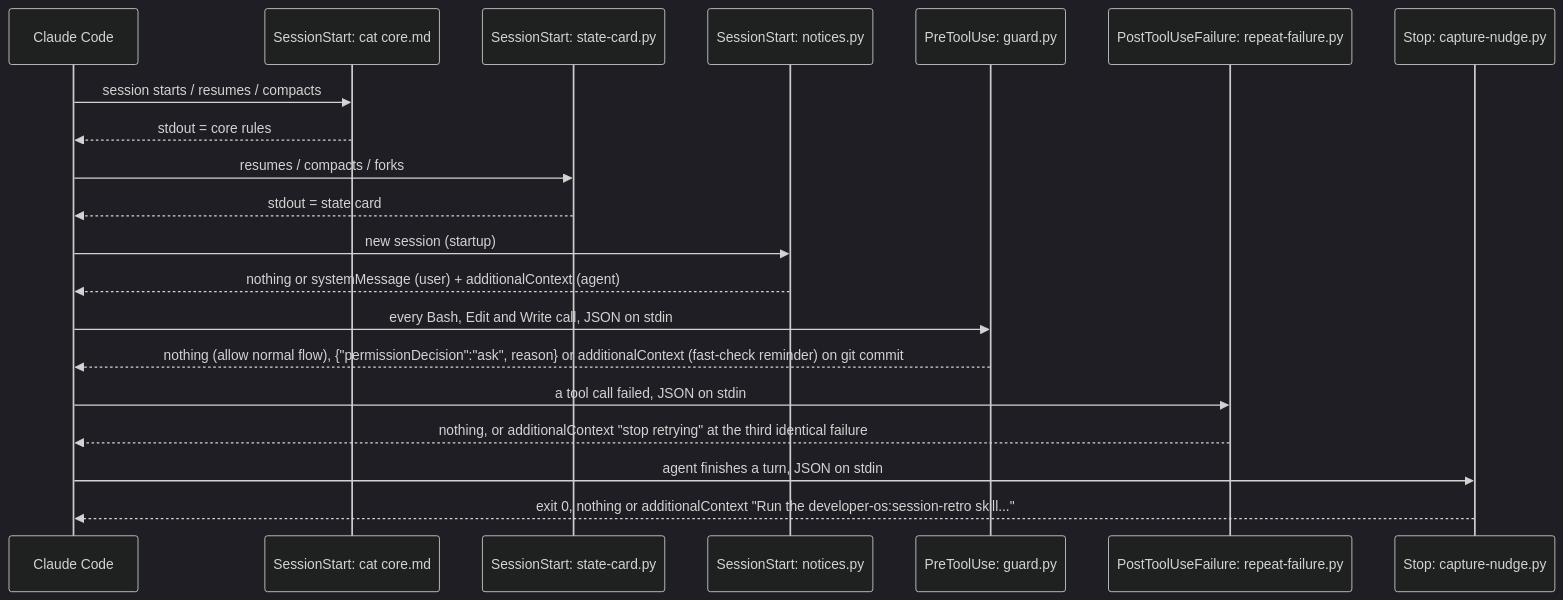
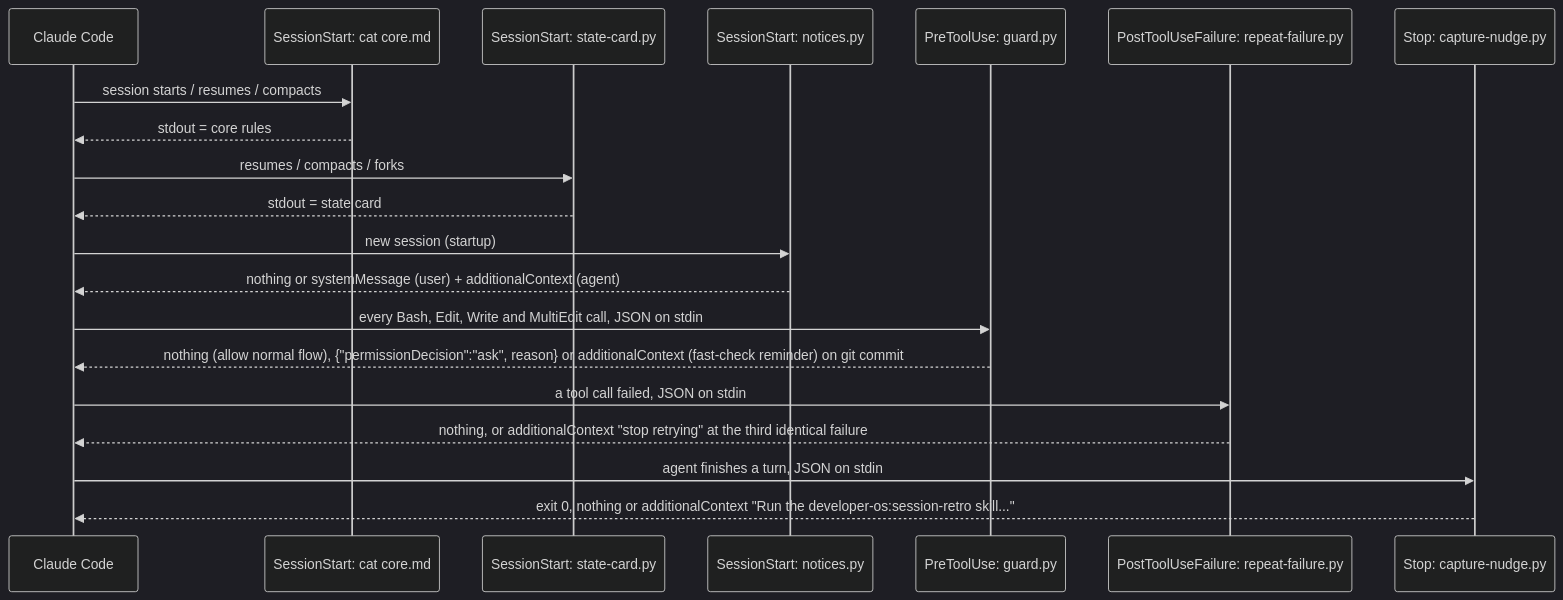
The first of 2 diagrams in docs/architecture/overview.md (msolecki/developer-os), drawn with Mermaid (dark theme) before and after one commit. The commit also changed other lines of this file and 88 other files, not shown here.

````diff
--- a/docs/architecture/overview.md
+++ b/docs/architecture/overview.md
@@ -61,22 +61,22 @@
 ```mermaid
 sequenceDiagram
   participant CC as Claude Code
   participant R as SessionStart: cat core.md
   participant SS as SessionStart: state-card.py
   participant NO as SessionStart: notices.py
   participant G as PreToolUse: guard.py
   participant F as PostToolUseFailure: repeat-failure.py
   participant N as Stop: capture-nudge.py
   CC->>R: session starts / resumes / compacts
   R-->>CC: stdout = core rules
   CC->>SS: resumes / compacts / forks
   SS-->>CC: stdout = state card
   CC->>NO: new session (startup)
   NO-->>CC: nothing or systemMessage (user) + additionalContext (agent)
-  CC->>G: every Bash, Edit and Write call, JSON on stdin
+  CC->>G: every Bash, Edit, Write and MultiEdit call, JSON on stdin
   G-->>CC: nothing (allow normal flow), {"permissionDecision":"ask", reason} or additionalContext (fast-check reminder) on git commit
   CC->>F: a tool call failed, JSON on stdin
   F-->>CC: nothing, or additionalContext "stop retrying" at the third identical failure
   CC->>N: agent finishes a turn, JSON on stdin
   N-->>CC: exit 0, nothing or additionalContext "Run the developer-os:session-retro skill..."
 ```
````
